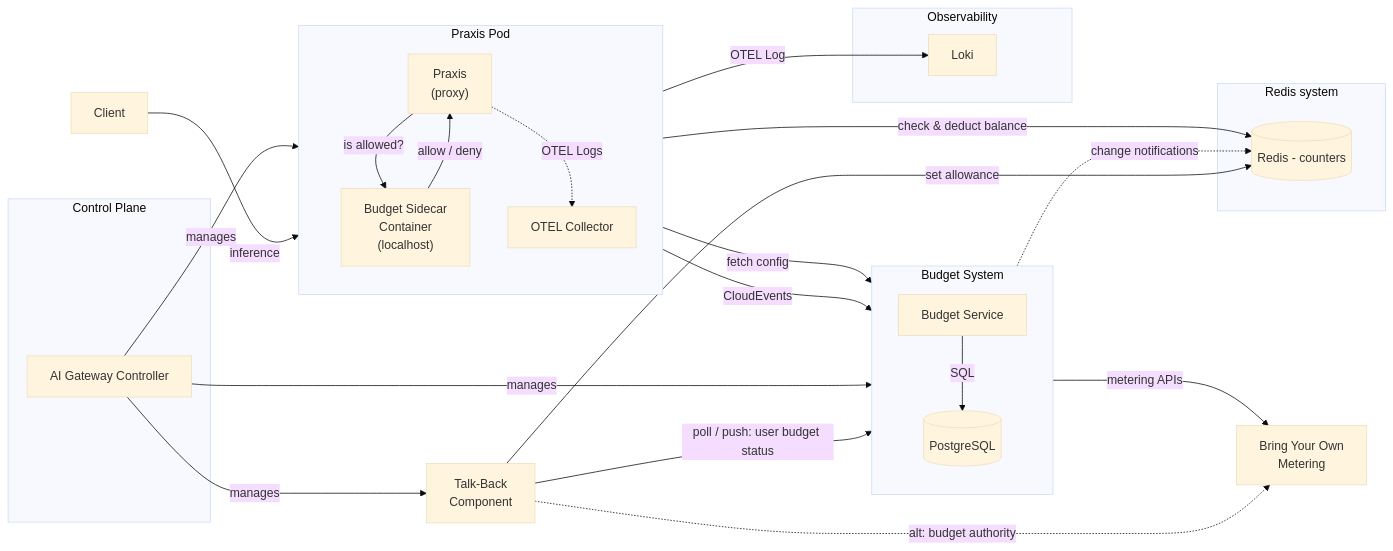
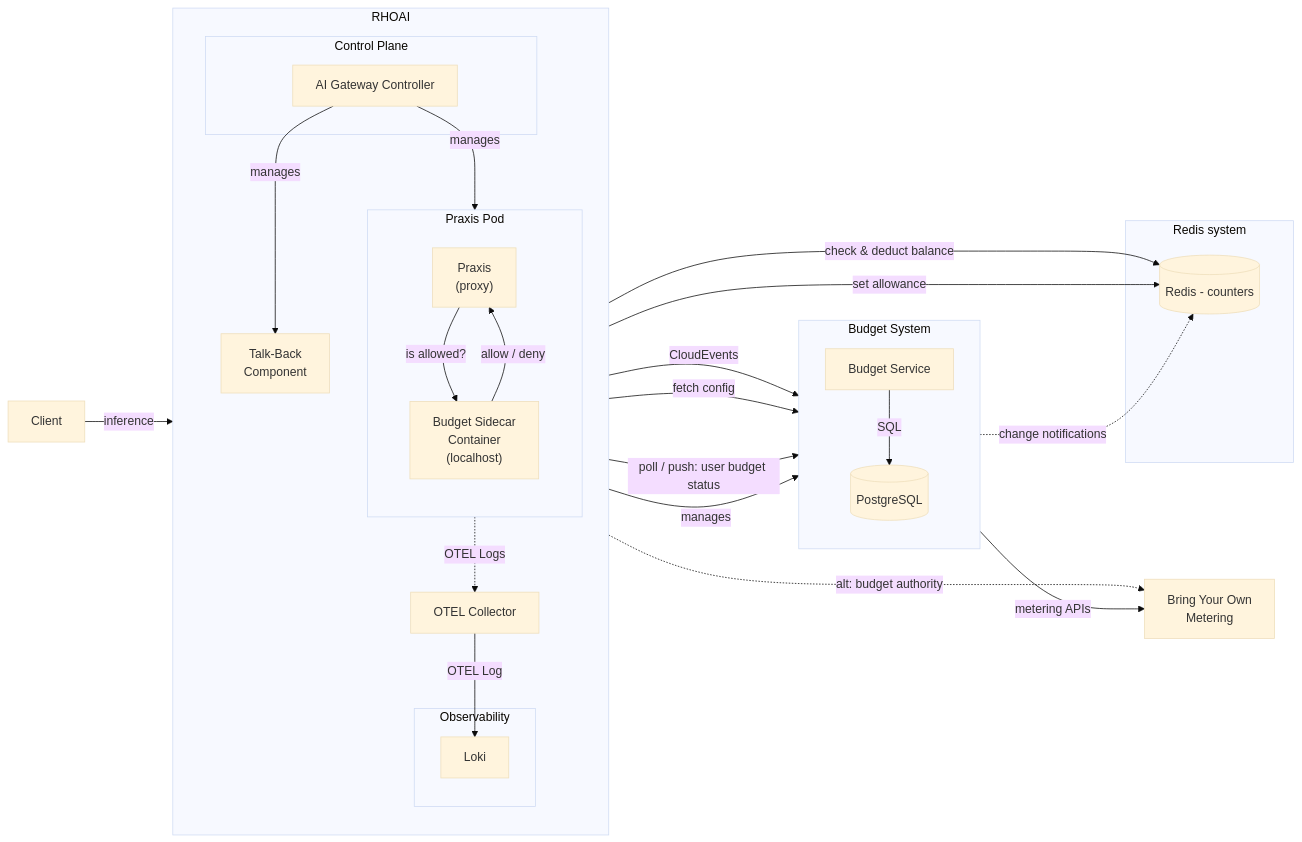
One commit to ahadas/architecture-decision-records changed the first of 3 diagrams in architecture-decision-records/ai-gateway/ODH-ADR-0001-Tokenomics.md. Above: the diagram before and after it, drawn with Mermaid (base theme). The commit also changed other lines of this file, not shown here.

Commit message:
grouping

````diff
--- a/architecture-decision-records/ai-gateway/ODH-ADR-0001-Tokenomics.md
+++ b/architecture-decision-records/ai-gateway/ODH-ADR-0001-Tokenomics.md
@@ -55,43 +55,46 @@
 ```mermaid
 flowchart LR
  subgraph redis_system["Redis system"]
         redis[("Redis - counters")]
   end
- subgraph praxis_pod["Praxis Pod"]
-    direction TB
-        praxis["Praxis<br>(proxy)"]
-        sidecar["Budget Sidecar<br>Container<br>(localhost)"]
-        otel_collector["OTEL Collector"]
-  end
- subgraph control_plane["Control Plane"]
-        aigc["AI Gateway Controller"]
- end
  subgraph budget_system["Budget System"]
     direction TB
         postgres[("PostgreSQL")]
         budget_service["Budget Service"]
  end
- subgraph obs["Observability"]
-        loki["Loki"]
+ subgraph rhoai["RHOAI"]
+    direction TB
+     subgraph control_plane["Control Plane"]
+            aigc["AI Gateway Controller"]
+     end
+     subgraph praxis_pod["Praxis Pod"]
+        direction TB
+            praxis["Praxis<br>(proxy)"]
+            sidecar["Budget Sidecar<br>Container<br>(localhost)"]
+      end
+        otel_collector["OTEL Collector"]
+        talkback["Talk-Back<br>Component"]
+     subgraph obs["Observability"]
+            loki["Loki"]
+     end
  end
-        talkback["Talk-Back<br>Component"]
 
     aigc -- manages --> praxis_pod
     aigc -- manages --> budget_system
     aigc -- manages --> talkback
     praxis -- is allowed? --> sidecar
     sidecar -- check & deduct balance --> redis
     sidecar -- allow / deny --> praxis
     praxis -. OTEL Logs .-> otel_collector
     budget_service -- SQL --> postgres
     client["Client"] -- inference --> praxis
 
     otel_collector -- CloudEvents --> budget_service
     otel_collector -- OTEL Log --> loki
     budget_service -. change notifications .-> redis
     sidecar -- fetch config --> budget_service
     budget_service -- metering APIs --> byom["Bring Your Own<br>Metering"]
     talkback -- poll / push: user budget status --> budget_service
     talkback -. alt: budget authority .-> byom
     talkback -- set allowance --> redis
 ```
````
